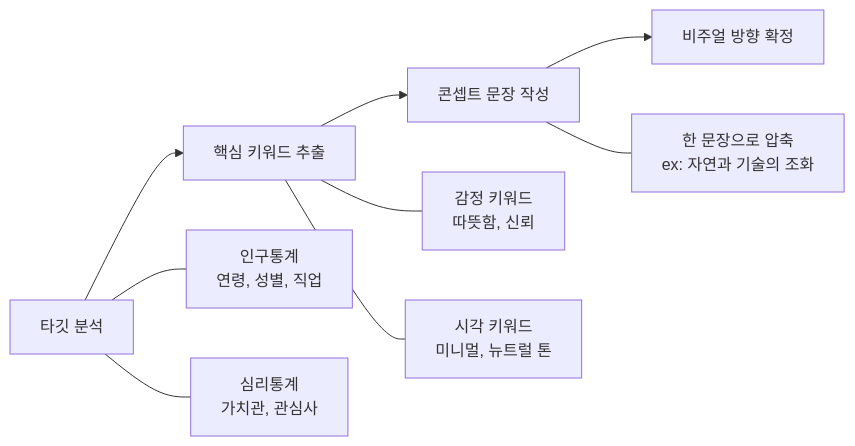
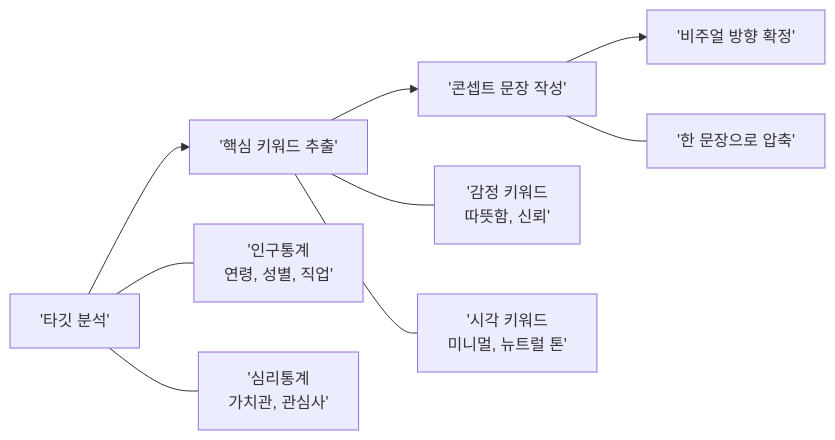
One commit to jsonpassion/forge-tutorial-promptcanvas changed the second of 3 diagrams in 12-ch12-실전-포트폴리오-프로젝트/01-01-프로젝트-기획-브리프에서-무드보드까지.md. Above: the diagram before and after it, drawn with Mermaid. The commit also changed other lines of this file and 63 other files, not shown here.

````diff
--- a/12-ch12-실전-포트폴리오-프로젝트/01-01-프로젝트-기획-브리프에서-무드보드까지.md
+++ b/12-ch12-실전-포트폴리오-프로젝트/01-01-프로젝트-기획-브리프에서-무드보드까지.md
@@ -72,12 +49,12 @@
 ```mermaid
 flowchart LR
-    A["타깃 분석"] --> B["핵심 키워드 추출"]
-    B --> C["콘셉트 문장 작성"]
-    C --> D["비주얼 방향 확정"]
+    A['타깃 분석'] --> B['핵심 키워드 추출']
+    B --> C['콘셉트 문장 작성']
+    C --> D['비주얼 방향 확정']
 
-    A --- A1["인구통계<br/>연령, 성별, 직업"]
-    A --- A2["심리통계<br/>가치관, 관심사"]
-    B --- B1["감정 키워드<br/>따뜻함, 신뢰"]
-    B --- B2["시각 키워드<br/>미니멀, 뉴트럴 톤"]
-    C --- C1["한 문장으로 압축<br/>ex: 자연과 기술의 조화"]
+    A --- A1['인구통계<br/>연령, 성별, 직업']
+    A --- A2['심리통계<br/>가치관, 관심사']
+    B --- B1['감정 키워드<br/>따뜻함, 신뢰']
+    B --- B2['시각 키워드<br/>미니멀, 뉴트럴 톤']
+    C --- C1['한 문장으로 압축']
 ```
````
